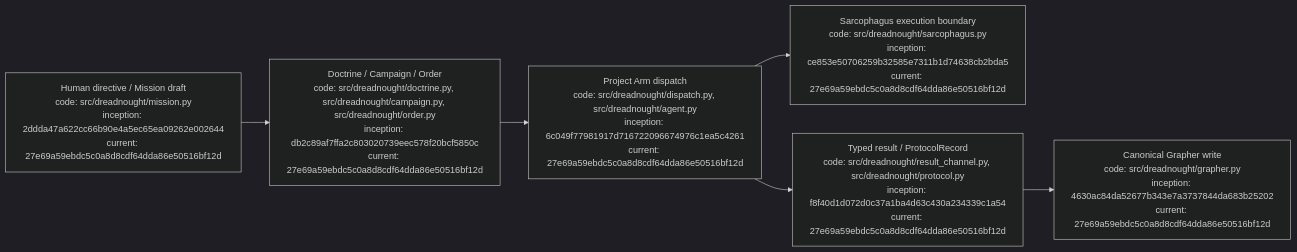
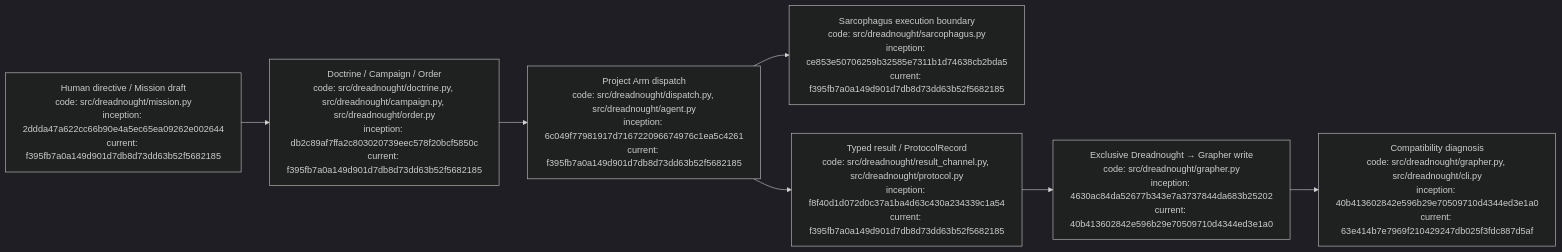
One commit to seanbman/dreadnought changed the diagram in docs/CLI_USAGE.md. Above: the diagram before and after it, drawn with Mermaid (dark theme). The commit also changed other lines of this file, not shown here.

Commit message:
Document Grapher doctor CLI

````diff
--- a/docs/CLI_USAGE.md
+++ b/docs/CLI_USAGE.md
@@ -144,8 +160,9 @@
 ```mermaid
 flowchart LR
-    H["Human directive / Mission draft<br/>code: src/dreadnought/mission.py<br/>inception: 2ddda47a622cc66b90e4a5ec65ea09262e002644<br/>current: 27e69a59ebdc5c0a8d8cdf64dda86e50516bf12d"] --> D["Doctrine / Campaign / Order<br/>code: src/dreadnought/doctrine.py, src/dreadnought/campaign.py, src/dreadnought/order.py<br/>inception: db2c89af7ffa2c803020739eec578f20bcf5850c<br/>current: 27e69a59ebdc5c0a8d8cdf64dda86e50516bf12d"]
-    D --> X["Project Arm dispatch<br/>code: src/dreadnought/dispatch.py, src/dreadnought/agent.py<br/>inception: 6c049f77981917d716722096674976c1ea5c4261<br/>current: 27e69a59ebdc5c0a8d8cdf64dda86e50516bf12d"]
-    X --> S["Sarcophagus execution boundary<br/>code: src/dreadnought/sarcophagus.py<br/>inception: ce853e50706259b32585e7311b1d74638cb2bda5<br/>current: 27e69a59ebdc5c0a8d8cdf64dda86e50516bf12d"]
-    X --> R["Typed result / ProtocolRecord<br/>code: src/dreadnought/result_channel.py, src/dreadnought/protocol.py<br/>inception: f8f40d1d072d0c37a1ba4d63c430a234339c1a54<br/>current: 27e69a59ebdc5c0a8d8cdf64dda86e50516bf12d"]
-    R --> G["Canonical Grapher write<br/>code: src/dreadnought/grapher.py<br/>inception: 4630ac84da52677b343e7a3737844da683b25202<br/>current: 27e69a59ebdc5c0a8d8cdf64dda86e50516bf12d"]
+    H["Human directive / Mission draft<br/>code: src/dreadnought/mission.py<br/>inception: 2ddda47a622cc66b90e4a5ec65ea09262e002644<br/>current: f395fb7a0a149d901d7db8d73dd63b52f5682185"] --> D["Doctrine / Campaign / Order<br/>code: src/dreadnought/doctrine.py, src/dreadnought/campaign.py, src/dreadnought/order.py<br/>inception: db2c89af7ffa2c803020739eec578f20bcf5850c<br/>current: f395fb7a0a149d901d7db8d73dd63b52f5682185"]
+    D --> X["Project Arm dispatch<br/>code: src/dreadnought/dispatch.py, src/dreadnought/agent.py<br/>inception: 6c049f77981917d716722096674976c1ea5c4261<br/>current: f395fb7a0a149d901d7db8d73dd63b52f5682185"]
+    X --> S["Sarcophagus execution boundary<br/>code: src/dreadnought/sarcophagus.py<br/>inception: ce853e50706259b32585e7311b1d74638cb2bda5<br/>current: f395fb7a0a149d901d7db8d73dd63b52f5682185"]
+    X --> R["Typed result / ProtocolRecord<br/>code: src/dreadnought/result_channel.py, src/dreadnought/protocol.py<br/>inception: f8f40d1d072d0c37a1ba4d63c430a234339c1a54<br/>current: f395fb7a0a149d901d7db8d73dd63b52f5682185"]
+    R --> G["Exclusive Dreadnought → Grapher write<br/>code: src/dreadnought/grapher.py<br/>inception: 4630ac84da52677b343e7a3737844da683b25202<br/>current: 40b413602842e596b29e70509710d4344ed3e1a0"]
+    G --> C["Compatibility diagnosis<br/>code: src/dreadnought/grapher.py, src/dreadnought/cli.py<br/>inception: 40b413602842e596b29e70509710d4344ed3e1a0<br/>current: 63e414b7e7969f210429247db025f3fdc887d5af"]
 ```
````
